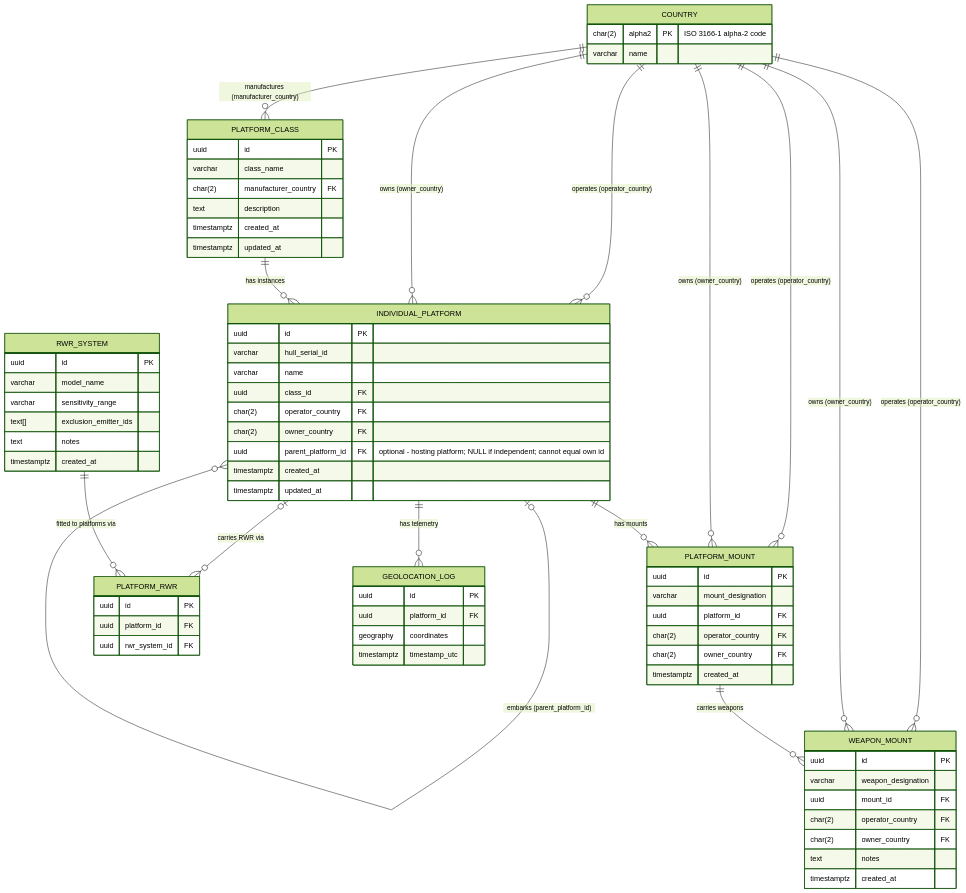
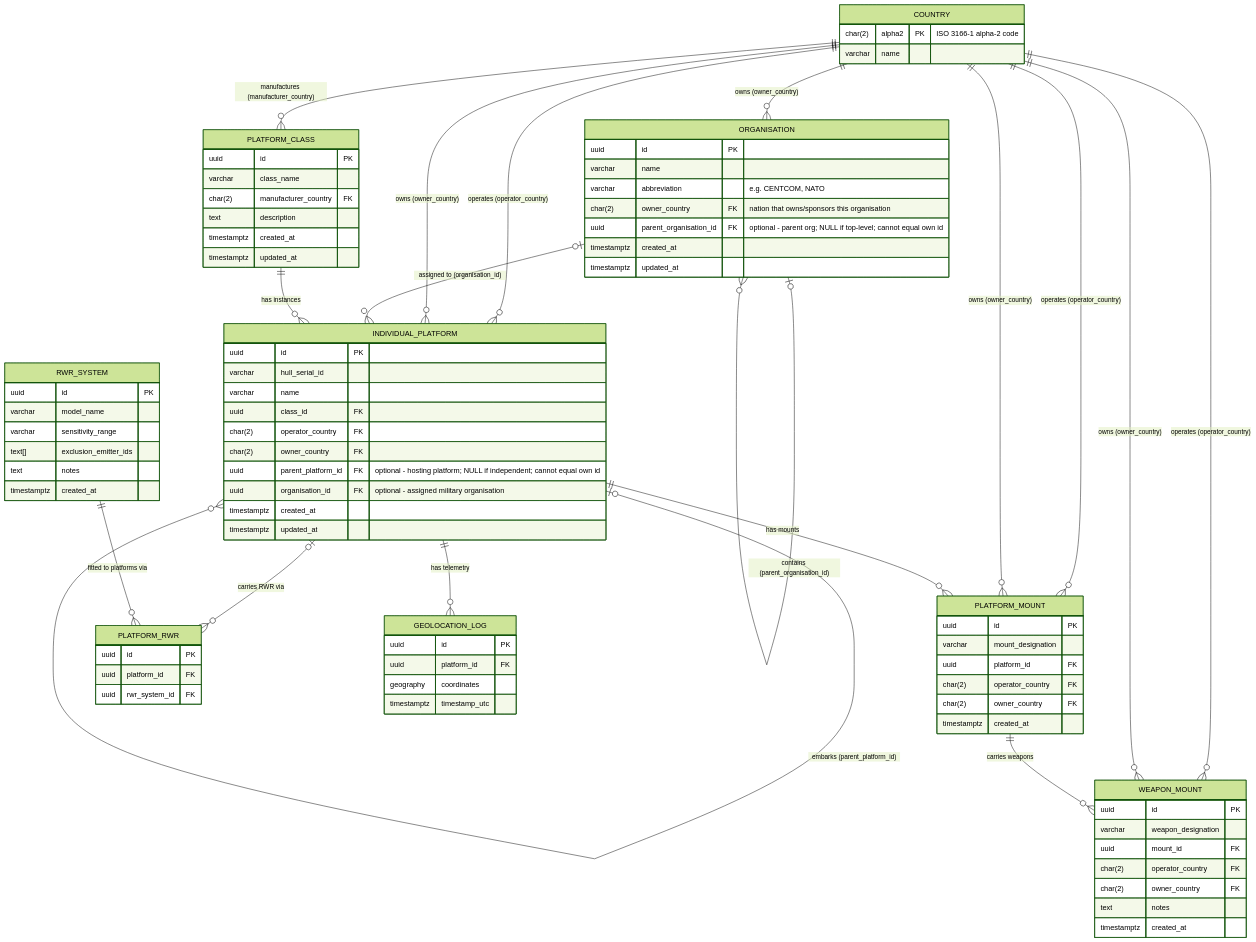
Before and after one commit to DXCSithlordPadawan/curator: the second of 3 diagrams in docs/ARCHITECTURE.md, drawn with Mermaid (forest theme). The commit also changed other lines of this file and 16 other files, not shown here.

First line of the commit message:
feat: add military organisation to data model

```diff
--- a/docs/ARCHITECTURE.md
+++ b/docs/ARCHITECTURE.md
@@ -90,6 +93,15 @@
     COUNTRY {
         char(2) alpha2 PK "ISO 3166-1 alpha-2 code"
         varchar name
+    }
+    ORGANISATION {
+        uuid id PK
+        varchar name
+        varchar abbreviation "e.g. CENTCOM, NATO"
+        char(2) owner_country FK "nation that owns/sponsors this organisation"
+        uuid parent_organisation_id FK "optional - parent org; NULL if top-level; cannot equal own id"
+        timestamptz created_at
+        timestamptz updated_at
     }
     PLATFORM_CLASS {
         uuid id PK
@@ -107,6 +119,7 @@
         char(2) operator_country FK
         char(2) owner_country FK
         uuid parent_platform_id FK "optional - hosting platform; NULL if independent; cannot equal own id"
+        uuid organisation_id FK "optional - assigned military organisation"
         timestamptz created_at
         timestamptz updated_at
     }
@@ -147,6 +160,7 @@
         timestamptz timestamp_utc
     }
 
+    COUNTRY                ||--o{ ORGANISATION        : "owns (owner_country)"
     COUNTRY                ||--o{ PLATFORM_CLASS      : "manufactures (manufacturer_country)"
     COUNTRY                ||--o{ INDIVIDUAL_PLATFORM  : "operates (operator_country)"
     COUNTRY                ||--o{ INDIVIDUAL_PLATFORM  : "owns (owner_country)"
@@ -154,6 +168,8 @@
     COUNTRY                ||--o{ PLATFORM_MOUNT       : "owns (owner_country)"
     COUNTRY                ||--o{ WEAPON_MOUNT         : "operates (operator_country)"
     COUNTRY                ||--o{ WEAPON_MOUNT         : "owns (owner_country)"
+    ORGANISATION           |o--o{ ORGANISATION         : "contains (parent_organisation_id)"
+    ORGANISATION           |o--o{ INDIVIDUAL_PLATFORM  : "assigned to (organisation_id)"
     PLATFORM_CLASS         ||--o{ INDIVIDUAL_PLATFORM : "has instances"
     INDIVIDUAL_PLATFORM    |o--o{ INDIVIDUAL_PLATFORM  : "embarks (parent_platform_id)"
     INDIVIDUAL_PLATFORM    ||--o{ PLATFORM_MOUNT      : "has mounts"
```
